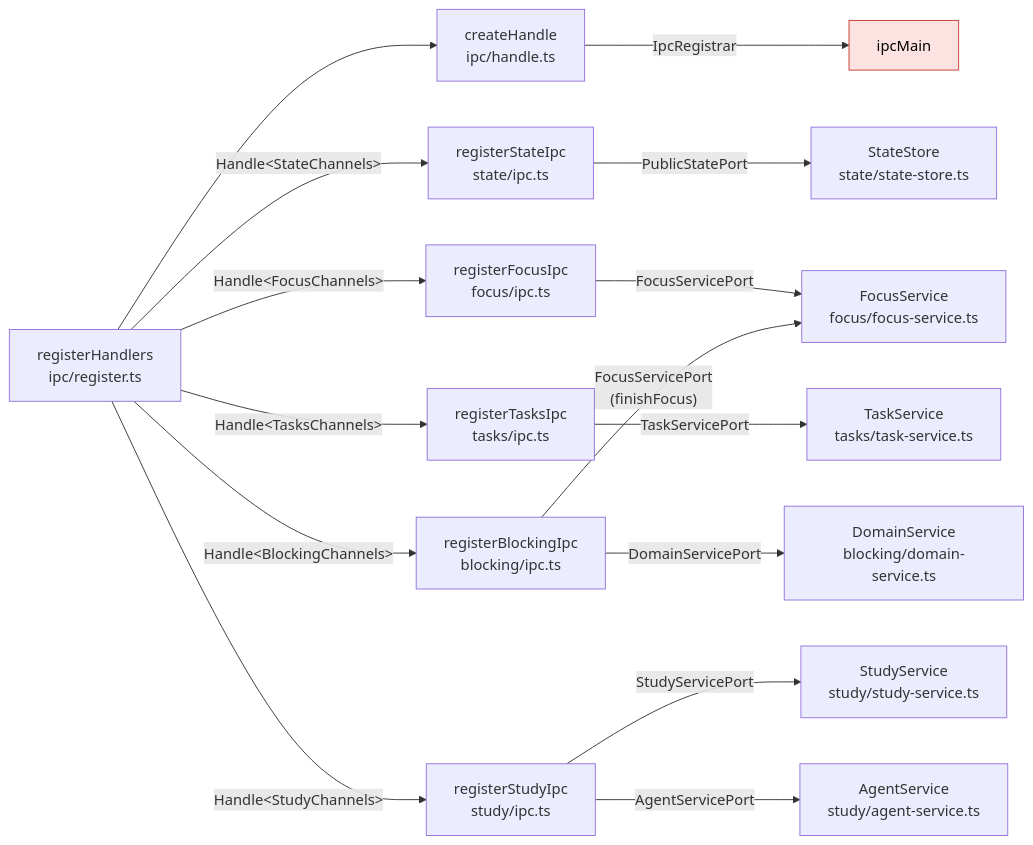
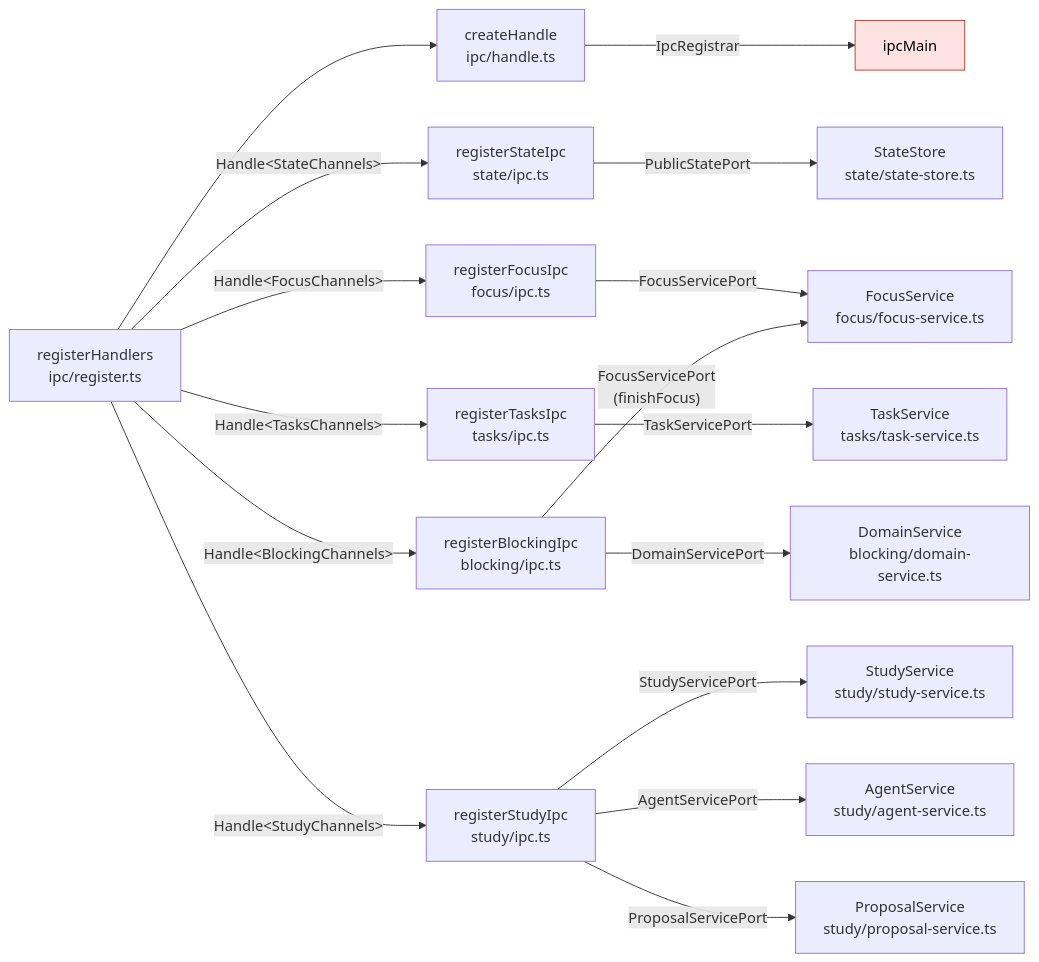
The fourth of 13 diagrams in docs/arquitectura.md (DevJuan95/ritmo), drawn with Mermaid before and after one commit. The commit also changed other lines of this file and 35 other files, not shown here.

````diff
--- a/docs/arquitectura.md
+++ b/docs/arquitectura.md
@@ -134,34 +136,36 @@
 ```mermaid
 flowchart LR
   ipcMain["ipcMain"]:::electron
   register["registerHandlers<br/>ipc/register.ts"]
   handle["createHandle<br/>ipc/handle.ts"]
   stateIpc["registerStateIpc<br/>state/ipc.ts"]
   focusIpc["registerFocusIpc<br/>focus/ipc.ts"]
   tasksIpc["registerTasksIpc<br/>tasks/ipc.ts"]
   blockingIpc["registerBlockingIpc<br/>blocking/ipc.ts"]
   studyIpc["registerStudyIpc<br/>study/ipc.ts"]
   store["StateStore<br/>state/state-store.ts"]
   focus["FocusService<br/>focus/focus-service.ts"]
   taskService["TaskService<br/>tasks/task-service.ts"]
   domainService["DomainService<br/>blocking/domain-service.ts"]
   studyService["StudyService<br/>study/study-service.ts"]
   agentService["AgentService<br/>study/agent-service.ts"]
+  proposalService["ProposalService<br/>study/proposal-service.ts"]
 
   register --> handle
   handle -- "IpcRegistrar" --> ipcMain
   register -- "Handle&lt;StateChannels&gt;" --> stateIpc
   register -- "Handle&lt;FocusChannels&gt;" --> focusIpc
   register -- "Handle&lt;TasksChannels&gt;" --> tasksIpc
   register -- "Handle&lt;BlockingChannels&gt;" --> blockingIpc
   register -- "Handle&lt;StudyChannels&gt;" --> studyIpc
   stateIpc -- "PublicStatePort" --> store
   focusIpc -- "FocusServicePort" --> focus
   tasksIpc -- "TaskServicePort" --> taskService
   blockingIpc -- "DomainServicePort" --> domainService
   blockingIpc -- "FocusServicePort<br/>(finishFocus)" --> focus
   studyIpc -- "StudyServicePort" --> studyService
   studyIpc -- "AgentServicePort" --> agentService
+  studyIpc -- "ProposalServicePort" --> proposalService
 
   classDef electron fill:#fde2e2,stroke:#c0392b,color:#000
 ```
````
